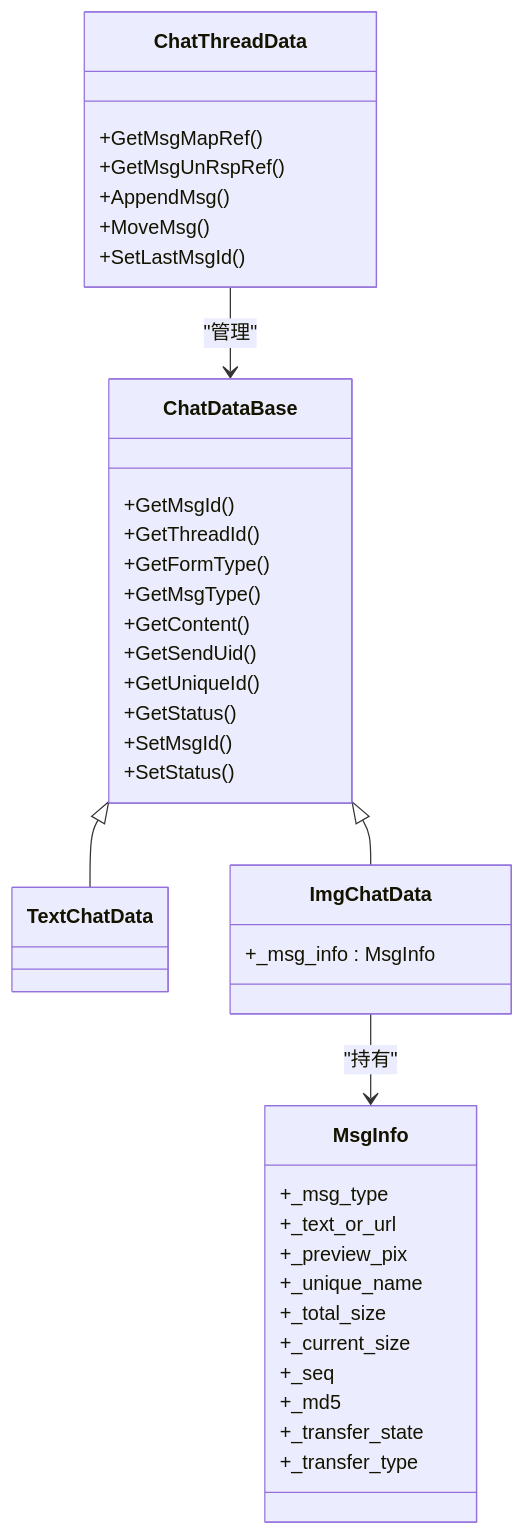
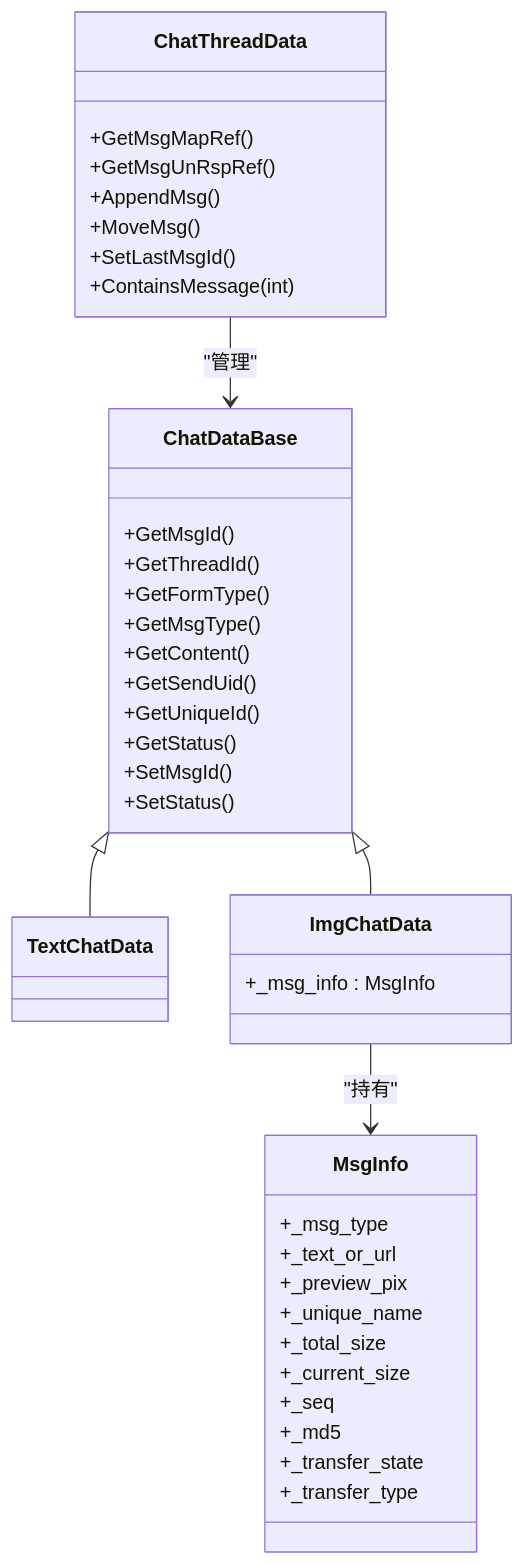
Before and after one commit to echo9923/mychatter: the ninth of 11 diagrams in .qoder/repowiki/zh/content/客户端开发/UI组件设计/聊天对话框组件.md, drawn with Mermaid. The commit also changed other lines of this file and 54 other files, not shown here.

````diff
--- a/.qoder/repowiki/zh/content/客户端开发/UI组件设计/聊天对话框组件.md
+++ b/.qoder/repowiki/zh/content/客户端开发/UI组件设计/聊天对话框组件.md
@@ -282,42 +427,43 @@
 ```mermaid
 classDiagram
 class ChatDataBase {
 +GetMsgId()
 +GetThreadId()
 +GetFormType()
 +GetMsgType()
 +GetContent()
 +GetSendUid()
 +GetUniqueId()
 +GetStatus()
 +SetMsgId()
 +SetStatus()
 }
 class TextChatData
 class ImgChatData {
 +_msg_info : MsgInfo
 }
 class MsgInfo {
 +_msg_type
 +_text_or_url
 +_preview_pix
 +_unique_name
 +_total_size
 +_current_size
 +_seq
 +_md5
 +_transfer_state
 +_transfer_type
 }
 class ChatThreadData {
 +GetMsgMapRef()
 +GetMsgUnRspRef()
 +AppendMsg()
 +MoveMsg()
 +SetLastMsgId()
++ContainsMessage(int)
 }
 ChatDataBase <|-- TextChatData
 ChatDataBase <|-- ImgChatData
 ImgChatData --> MsgInfo : "持有"
 ChatThreadData --> ChatDataBase : "管理"
 ```
````
